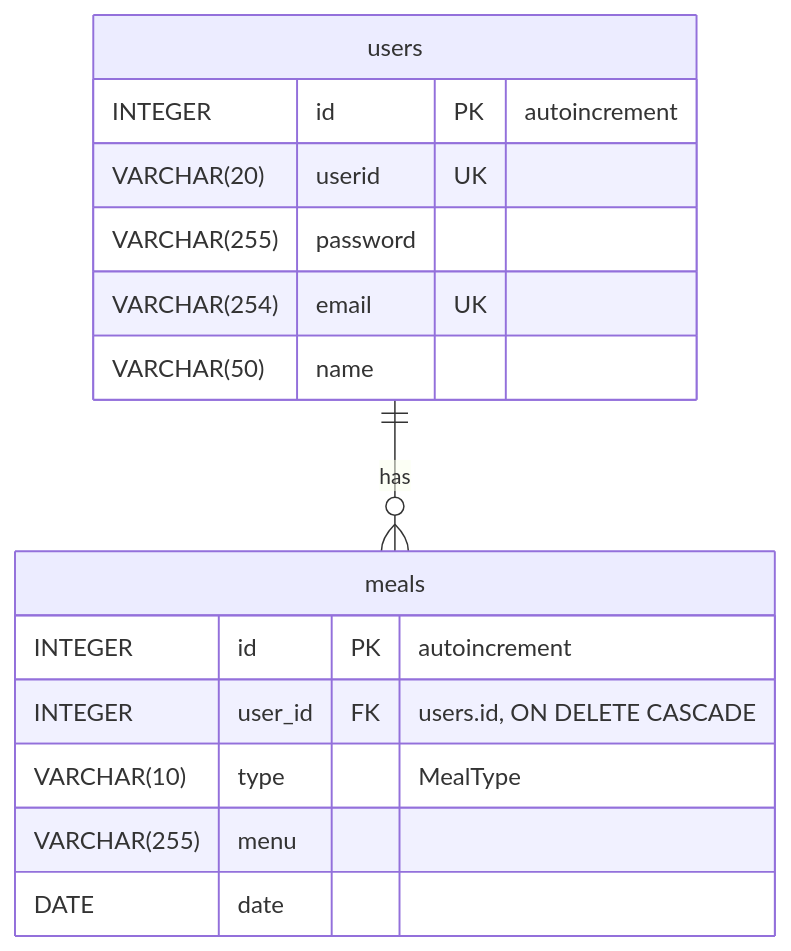
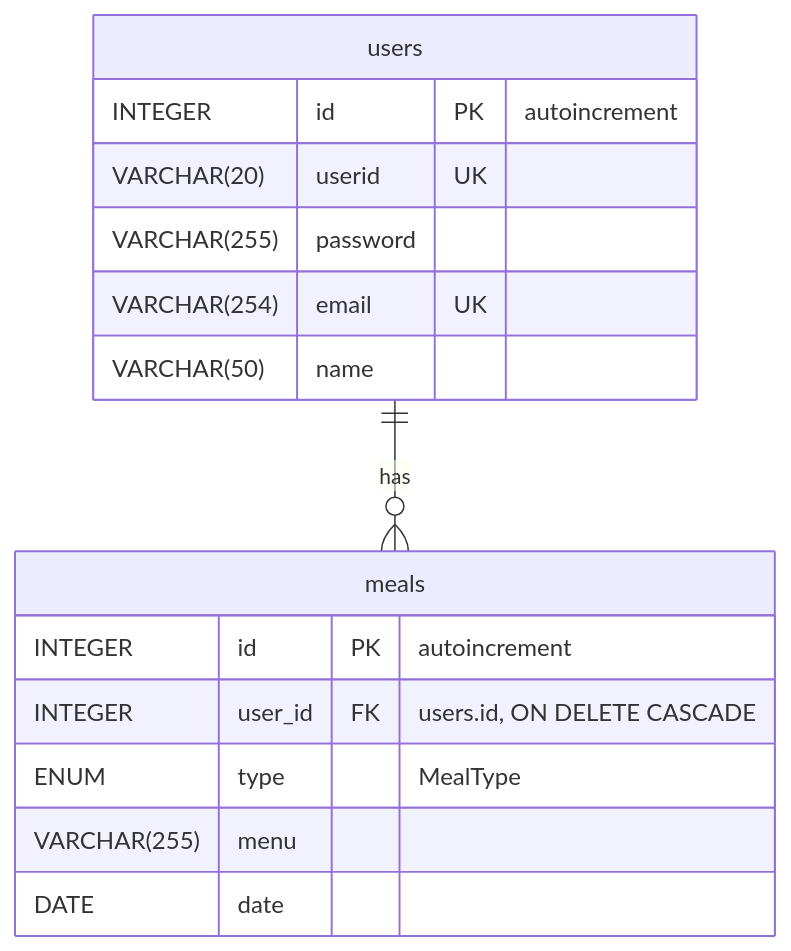
One commit to pasta1513/aws_project changed the diagram in fastapi/models/README.md. Above: the diagram before and after it, drawn with Mermaid. The commit also changed other lines of this file and 3 other files, not shown here.

Commit message:
식단 조회 API 추가(3가지) 및 MealType 네이티브 ENUM 적용

````diff
--- a/fastapi/models/README.md
+++ b/fastapi/models/README.md
@@ -8,20 +8,20 @@
 ```mermaid
 erDiagram
     users ||--o{ meals : "has"
 
     users {
         INTEGER id PK "autoincrement"
         VARCHAR(20) userid UK
         VARCHAR(255) password
         VARCHAR(254) email UK
         VARCHAR(50) name
     }
 
     meals {
         INTEGER id PK "autoincrement"
         INTEGER user_id FK "users.id, ON DELETE CASCADE"
-        VARCHAR(10) type "MealType"
+        ENUM type "MealType"
         VARCHAR(255) menu
         DATE date
     }
 ```
````
